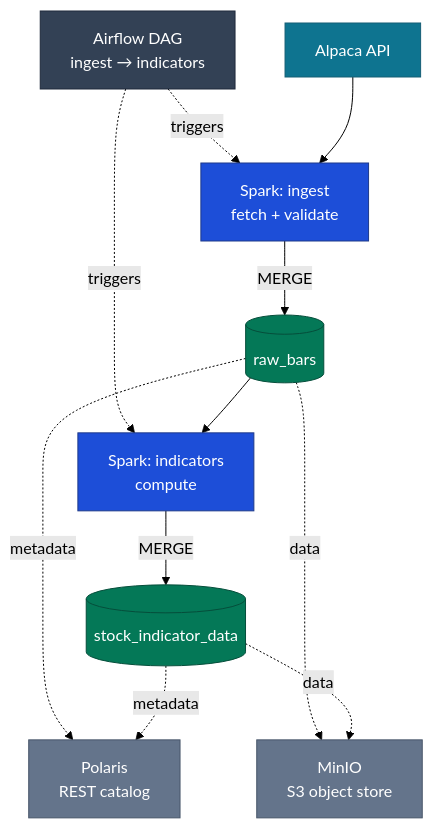
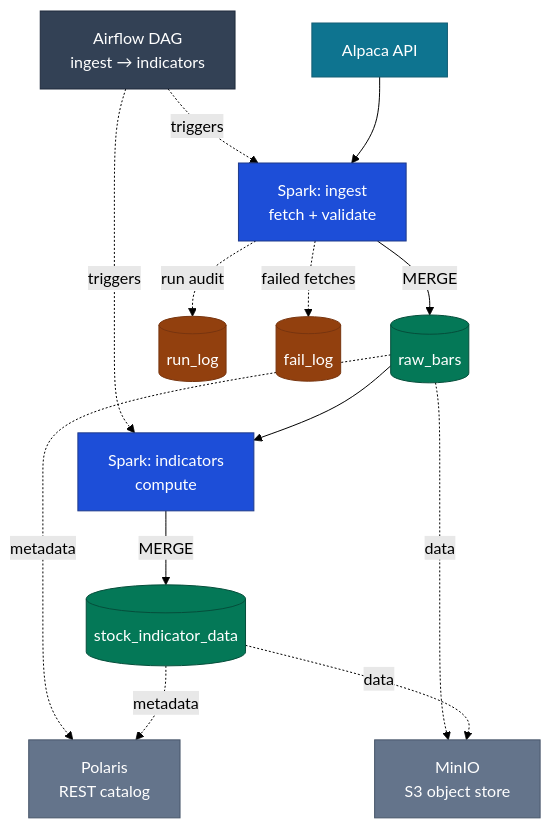
One commit to MarcPaulTheCoder/StockAlgo changed the diagram in README.md. Above: the diagram before and after it, drawn with Mermaid (forest theme). The commit also changed other lines of this file, not shown here.

````diff
--- a/README.md
+++ b/README.md
@@ -11,33 +11,39 @@
 ```mermaid
 flowchart TB
     AF["Airflow DAG<br/>ingest → indicators"]
     ALP["Alpaca API"]
     ING["Spark: ingest<br/>fetch + validate"]
     RB[("raw_bars")]
     IND["Spark: indicators<br/>compute"]
     SI[("stock_indicator_data")]
+    RUN[("run_log")]
+    FAIL[("fail_log")]
     POL["Polaris<br/>REST catalog"]
     MIN["MinIO<br/>S3 object store"]
 
     AF -.triggers.-> ING
     ALP --> ING
     ING -->|MERGE| RB
+    ING -.->|run audit| RUN
+    ING -.->|failed fetches| FAIL
     AF -.triggers.-> IND
     RB --> IND
     IND -->|MERGE| SI
     RB -.->|metadata| POL
     SI -.->|metadata| POL
     RB -.->|data| MIN
     SI -.->|data| MIN
 
     classDef orch fill:#334155,stroke:#1e293b,color:#ffffff;
     classDef src fill:#0e7490,stroke:#155e75,color:#ffffff;
     classDef compute fill:#1d4ed8,stroke:#1e3a8a,color:#ffffff;
     classDef table fill:#047857,stroke:#064e3b,color:#ffffff;
+    classDef audit fill:#92400e,stroke:#78350f,color:#ffffff;
     classDef svc fill:#64748b,stroke:#475569,color:#ffffff;
     class AF orch;
     class ALP src;
     class ING,IND compute;
     class RB,SI table;
+    class RUN,FAIL audit;
     class POL,MIN svc;
 ```
````
